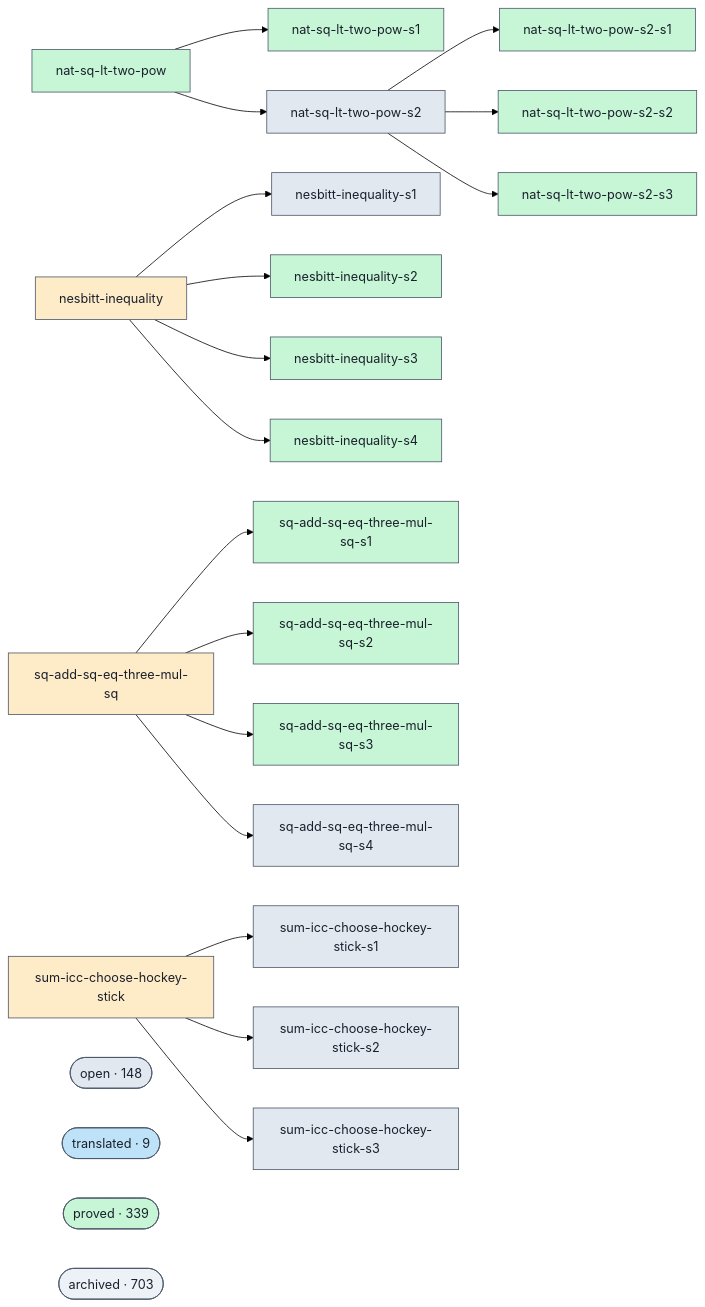
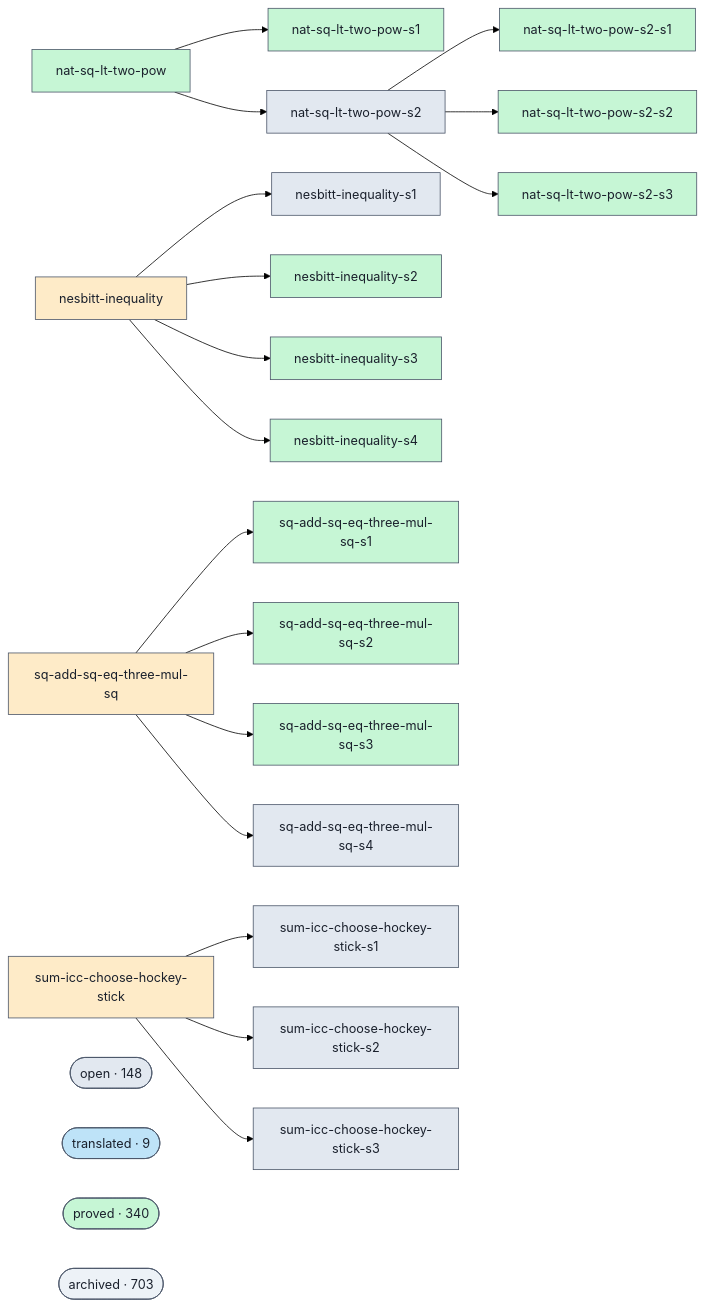
The diagram in docs/proofs-contributors-visualisation.md (Rauxon/unsorry), drawn with Mermaid (forest theme) before and after one commit. The commit also changed other lines of this file and 2 other files, not shown here.

```diff
--- a/docs/proofs-contributors-visualisation.md
+++ b/docs/proofs-contributors-visualisation.md
@@ -102,7 +102,7 @@
   class cluster_open open;
   cluster_translated(["translated · 9"])
   class cluster_translated translated;
-  cluster_proved(["proved · 339"])
+  cluster_proved(["proved · 340"])
   class cluster_proved proved;
   cluster_archived(["archived · 703"])
   class cluster_archived unknown;
```
